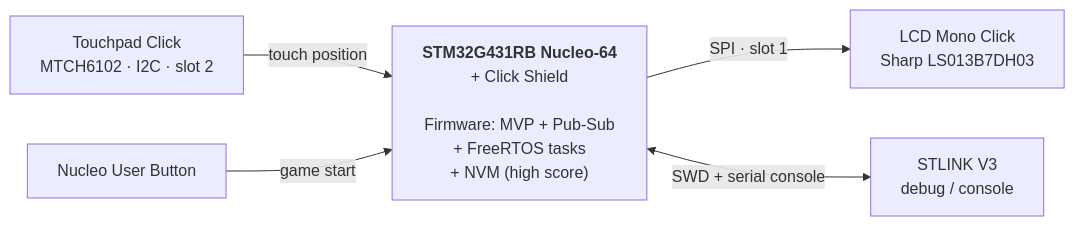
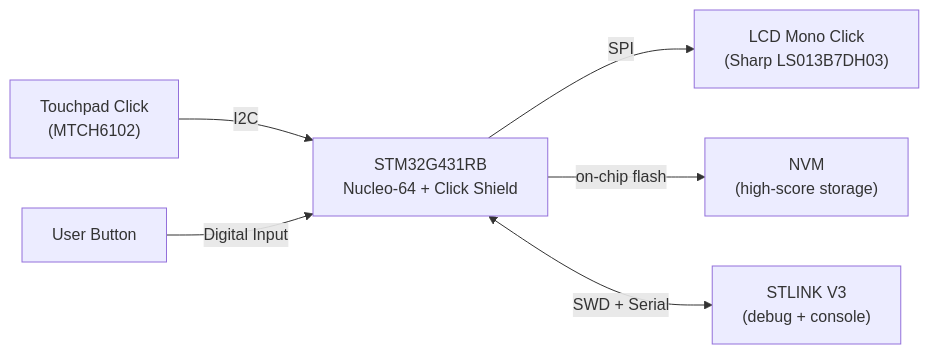
The first of 2 diagrams in Docu/PrePlanning/01-System-Overview-and-Context.md (MaxLell/MicroPacControllerMan), drawn with Mermaid before and after one commit. The commit also changed other lines of this file and 4 other files, not shown here.

First line of the commit message:
Raise docs to functional-spec altitude; add modules, block diagrams, reqs

````diff
--- a/Docu/PrePlanning/01-System-Overview-and-Context.md
+++ b/Docu/PrePlanning/01-System-Overview-and-Context.md
@@ -37,8 +43,8 @@
 ```mermaid
 flowchart LR
-    TP["Touchpad Click<br/>MTCH6102 · I2C · slot 2"] -->|touch position| MCU
-    BTN["Nucleo User Button"] -->|game start| MCU
-    MCU["<b>STM32G431RB Nucleo-64</b><br/>+ Click Shield<br/><br/>Firmware: MVP + Pub-Sub<br/>+ FreeRTOS tasks<br/>+ NVM (high score)"]
-    MCU -->|SPI · slot 1| LCD["LCD Mono Click<br/>Sharp LS013B7DH03"]
-    MCU <-->|SWD + serial console| STL["STLINK V3<br/>debug / console"]
+    TP["Touchpad Click<br/>(MTCH6102)"] -->|I2C| MCU["STM32G431RB<br/>Nucleo-64 + Click Shield"]
+    BTN["User Button"] -->|Digital Input| MCU
+    MCU -->|SPI| LCD["LCD Mono Click<br/>(Sharp LS013B7DH03)"]
+    MCU -->|on-chip flash| NVM["NVM<br/>(high-score storage)"]
+    MCU <-->|SWD + Serial| STL["STLINK V3<br/>(debug + console)"]
 ```
````
